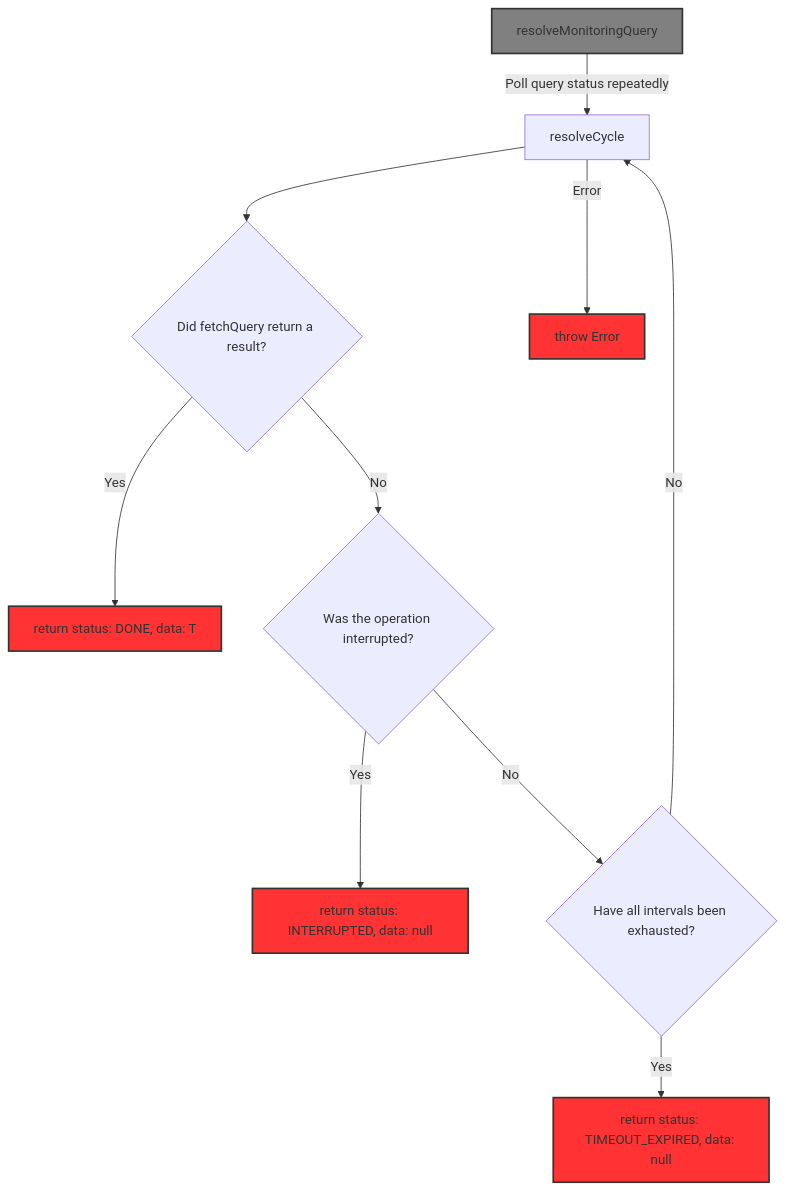
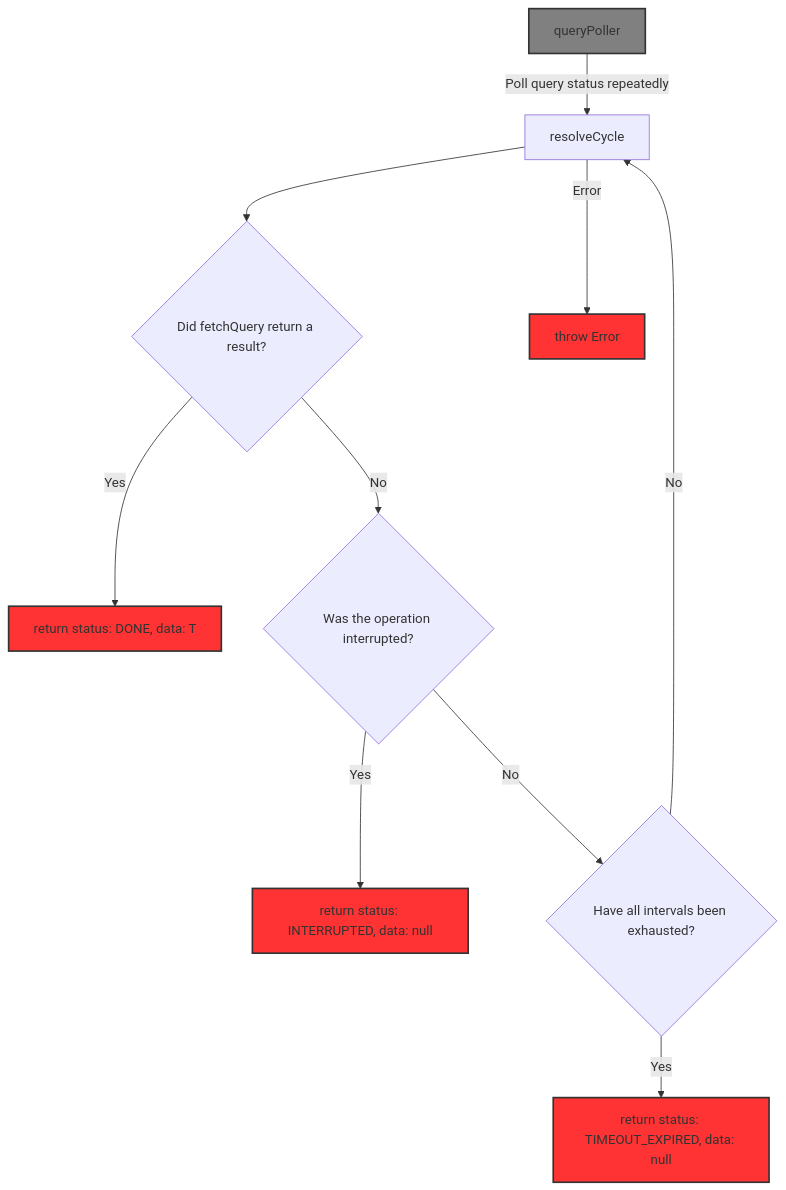
The diagram in README.md (maratkhambelov/taktwerk-poller), drawn with Mermaid before and after one commit. The commit also changed other lines of this file and 1 other file, not shown here.

Commit message:
update README.md, changed gitignore

````diff
--- a/README.md
+++ b/README.md
@@ -117,20 +117,20 @@
 ```mermaid
 flowchart
-    A[resolveMonitoringQuery] -->|Poll query status repeatedly| B[resolveCycle]
+    A[queryPoller] -->|Poll query status repeatedly| B[resolveCycle]
 
     B --> C{Did fetchQuery return a result?}
     C -->|Yes| D[return status: DONE, data: T]
     C -->|No| G{Was the operation interrupted?}
     G -->|Yes| H[return status: INTERRUPTED, data: null]
     G -->|No| J{Have all intervals been exhausted?}
     J -->|Yes| I[return status: TIMEOUT_EXPIRED, data: null]
     J -->|No| B
     B -->|Error| K[throw Error]
 
     classDef startStop fill: grey,stroke:#333,stroke-width:2px;
     class A startStop;
 
     classDef finish fill: #f33,stroke:#333,stroke-width:2px;
     class D,I,K,H finish;
 
 ```
````
